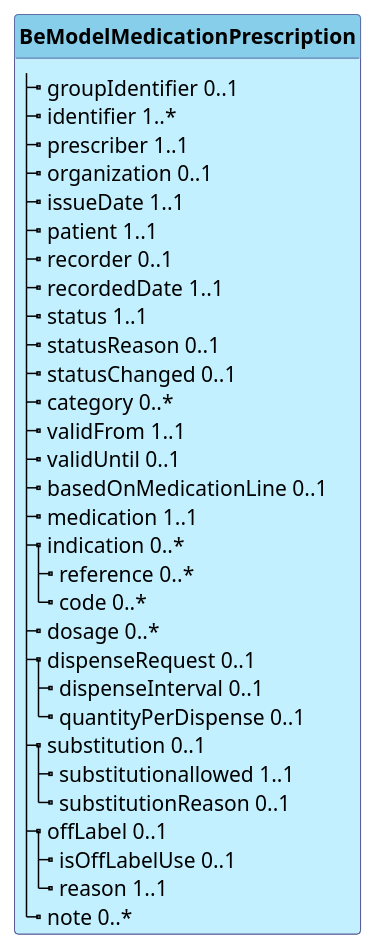
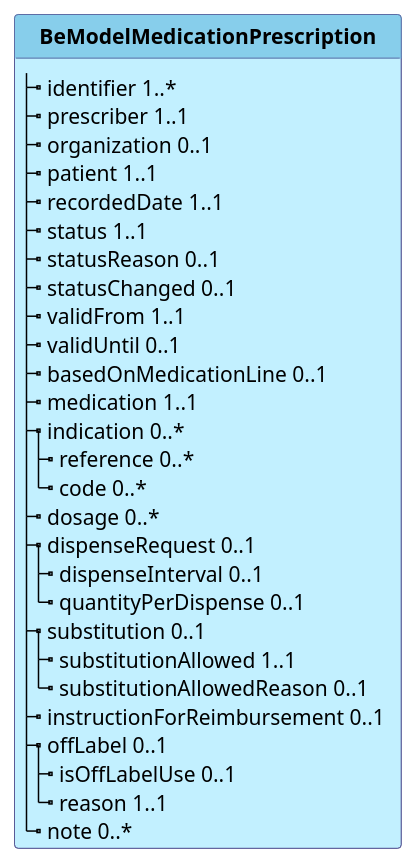
Before and after one commit to hl7-be/medication: the diagram in input/images-source/BeModelMedicationPrescription.plantuml, drawn with PlantUML. The commit also changed 2 other files, not shown here.

Commit message:
update diagrams

```diff
--- a/input/images-source/BeModelMedicationPrescription.plantuml
+++ b/input/images-source/BeModelMedicationPrescription.plantuml
@@ -1,44 +1,41 @@
 @startuml
 skinparam linetype polyline
 hide circle
 hide stereotype
 
 skinparam class {
  BorderColor #505090
  BackgroundColor APPLICATION
  HeaderBackgroundColor SkyBlue
 }
 
 class "**BeModelMedicationPrescription**" as BeModelMedicationPrescription {
-  |_ groupIdentifier 0..1   
   |_ identifier 1..*   
   |_ prescriber 1..1   
   |_ organization 0..1   
-  |_ issueDate 1..1   
   |_ patient 1..1   
-  |_ recorder 0..1   
   |_ recordedDate 1..1   
   |_ status 1..1   
   |_ statusReason 0..1   
   |_ statusChanged 0..1   
-  |_ category 0..*   
   |_ validFrom 1..1   
   |_ validUntil 0..1   
   |_ basedOnMedicationLine 0..1   
   |_ medication 1..1   
   |_ indication 0..*   
     |_ reference 0..*   
     |_ code 0..*   
   |_ dosage 0..*   
   |_ dispenseRequest 0..1   
     |_ dispenseInterval 0..1   
     |_ quantityPerDispense 0..1   
   |_ substitution 0..1   
-    |_ substitutionallowed 1..1   
-    |_ substitutionReason 0..1   
+    |_ substitutionAllowed 1..1   
+    |_ substitutionAllowedReason 0..1   
+  |_ instructionForReimbursement 0..1   
   |_ offLabel 0..1   
     |_ isOffLabelUse 0..1   
     |_ reason 1..1   
   |_ note 0..*   
 }
 @enduml
```
